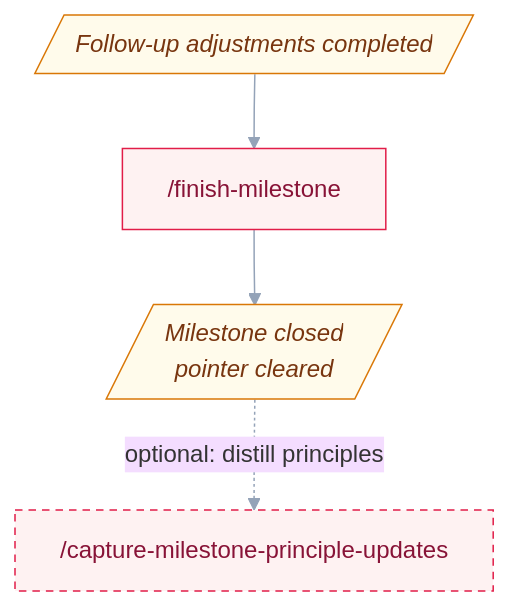
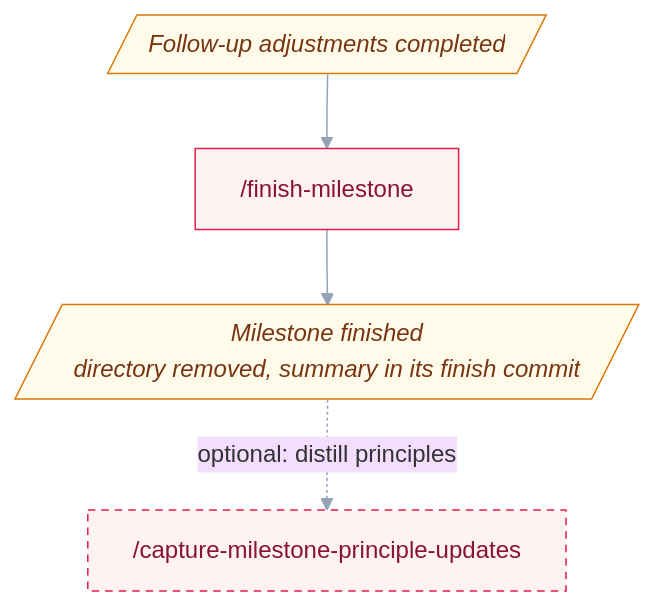
One commit to uHappyLogic/cairn changed the sixth of 6 diagrams in docs/workflow.md. Above: the diagram before and after it, drawn with Mermaid. The commit also changed other lines of this file and 12 other files, not shown here.

````diff
--- a/docs/workflow.md
+++ b/docs/workflow.md
@@ -150,18 +149,18 @@
 ```mermaid
 %%{init: {'theme':'base','themeVariables':{'fontFamily':'ui-sans-serif, system-ui','lineColor':'#94a3b8','primaryBorderColor':'#475569'},'flowchart':{'wrappingWidth':9999,'curve':'basis'}}}%%
 flowchart TD
     D4[/"Follow-up adjustments completed"/]
     EM1["/finish-milestone"]
-    D5[/"Milestone closed<br/>pointer cleared"/]
+    D5[/"Milestone finished<br/>directory removed, summary in its finish commit"/]
     EM2["/capture-milestone-principle-updates"]
 
     D4 --> EM1 --> D5
     D5 -.->|optional: distill principles| EM2
 
     classDef finish fill:#fef2f2,stroke:#e11d48,color:#881337;
     classDef optional stroke-dasharray:5 4;
     classDef state fill:#fffbeb,stroke:#d97706,color:#78350f,font-style:italic;
     class EM1,EM2 finish;
     class EM2 optional;
     class D4,D5 state;
 ```
````
